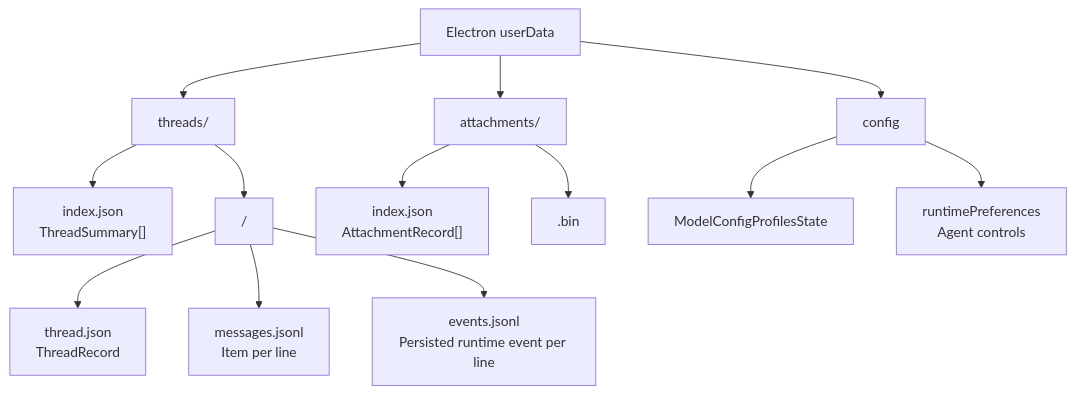
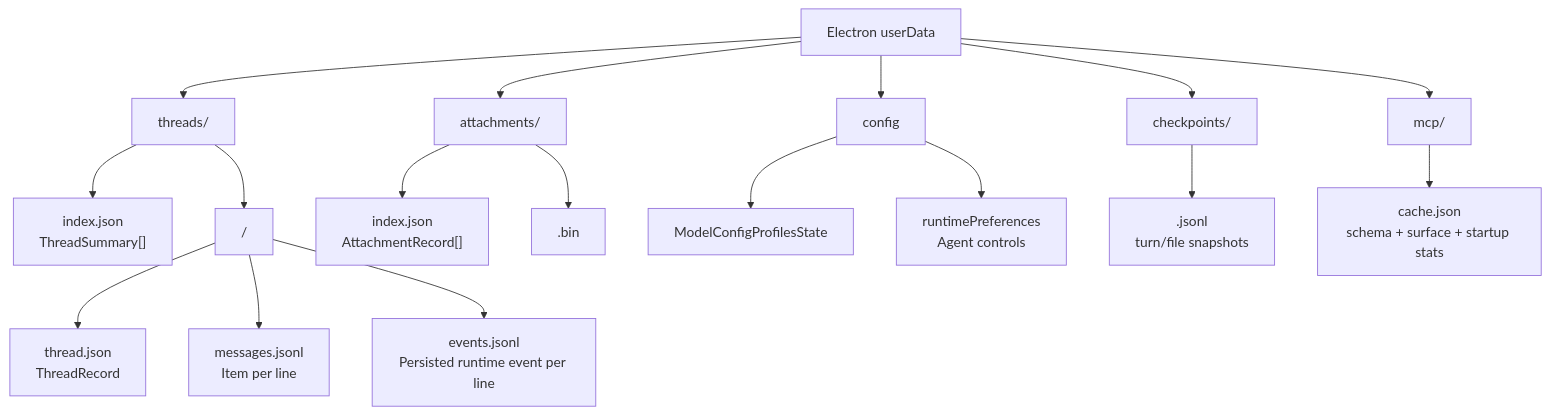
One commit to dp-sudo/agent-pyramid-desktop changed the seventh of 9 diagrams in docs/architecture.md. Above: the diagram before and after it, drawn with Mermaid. The commit also changed other lines of this file and 1 other file, not shown here.

Commit message:
feat: 技能服务接入 runtime、builtins、IPC 与设置页
AgentRuntime 接入 SkillService，新增 list_skills / run_skill 工具，runAs: subagent 走只读子循环；shared/skills 新增 builtins 与扩展 manifest/registry/types；新增 src/main/ipc/skills-handlers.ts 与 preload skills.list 通道。设置页 SettingsView 接入技能面板与搜索，i18n 同步。技能服务测试从 src/main 迁至 tests/main/skills，附 skills-handlers 单元测试。文档（AGENTS.md / CLAUDE.md / docs/*）同步技能服务、内置 skills、agent-development 时间线。

````diff
--- a/docs/architecture.md
+++ b/docs/architecture.md
@@ -357,23 +357,29 @@
 ```mermaid
 flowchart TB
   UserData["Electron userData"]
   ThreadsDir["threads/"]
   AttachDir["attachments/"]
   ConfigFile["config"]
+  CheckpointsDir["checkpoints/"]
+  McpDir["mcp/"]
 
   UserData --> ThreadsDir
   UserData --> AttachDir
   UserData --> ConfigFile
+  UserData --> CheckpointsDir
+  UserData --> McpDir
 
   ThreadsDir --> Index["index.json\nThreadSummary[]"]
   ThreadsDir --> ThreadFolder["<threadId>/"]
   ThreadFolder --> ThreadJson["thread.json\nThreadRecord"]
   ThreadFolder --> Messages["messages.jsonl\nItem per line"]
   ThreadFolder --> Events["events.jsonl\nPersisted runtime event per line"]
 
   AttachDir --> AttachIndex["index.json\nAttachmentRecord[]"]
   AttachDir --> Blob["<attachmentId>.bin"]
 
   ConfigFile --> Profiles["ModelConfigProfilesState"]
   ConfigFile --> RuntimePrefs["runtimePreferences\nAgent controls"]
+  CheckpointsDir --> CheckpointJsonl["<threadId>.jsonl\nturn/file snapshots"]
+  McpDir --> McpCache["cache.json\nschema + surface + startup stats"]
 ```
````
